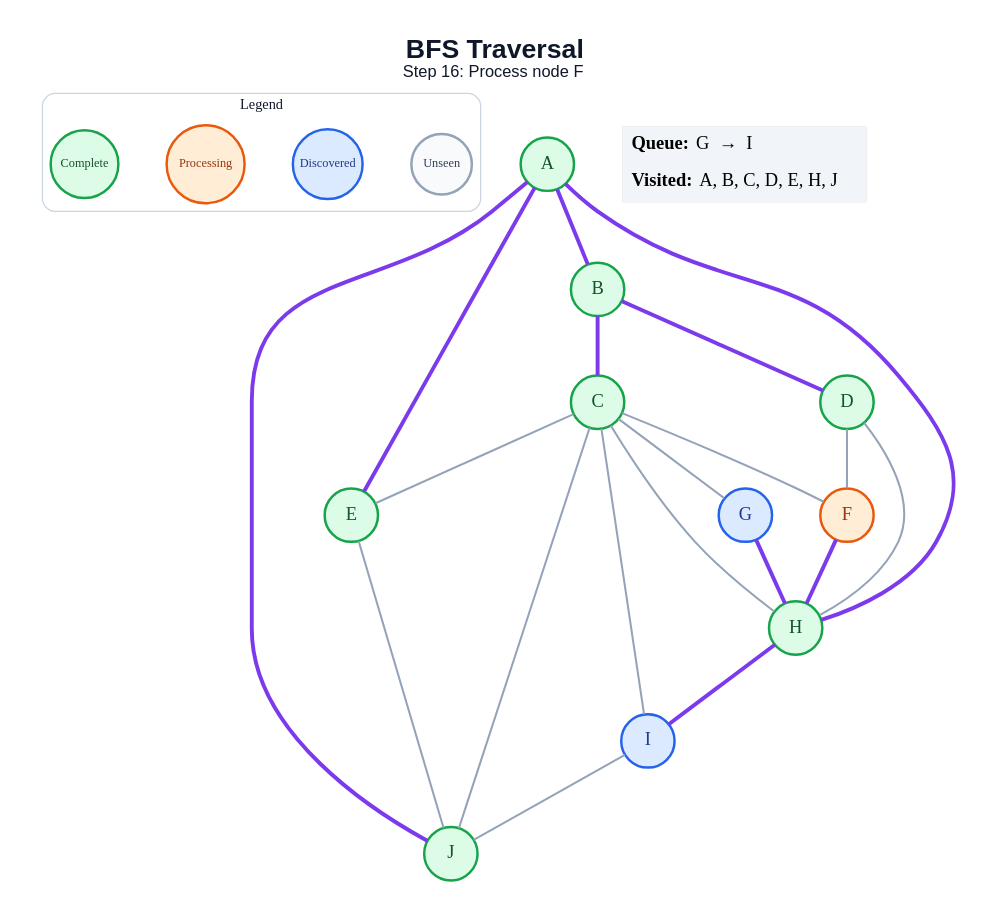
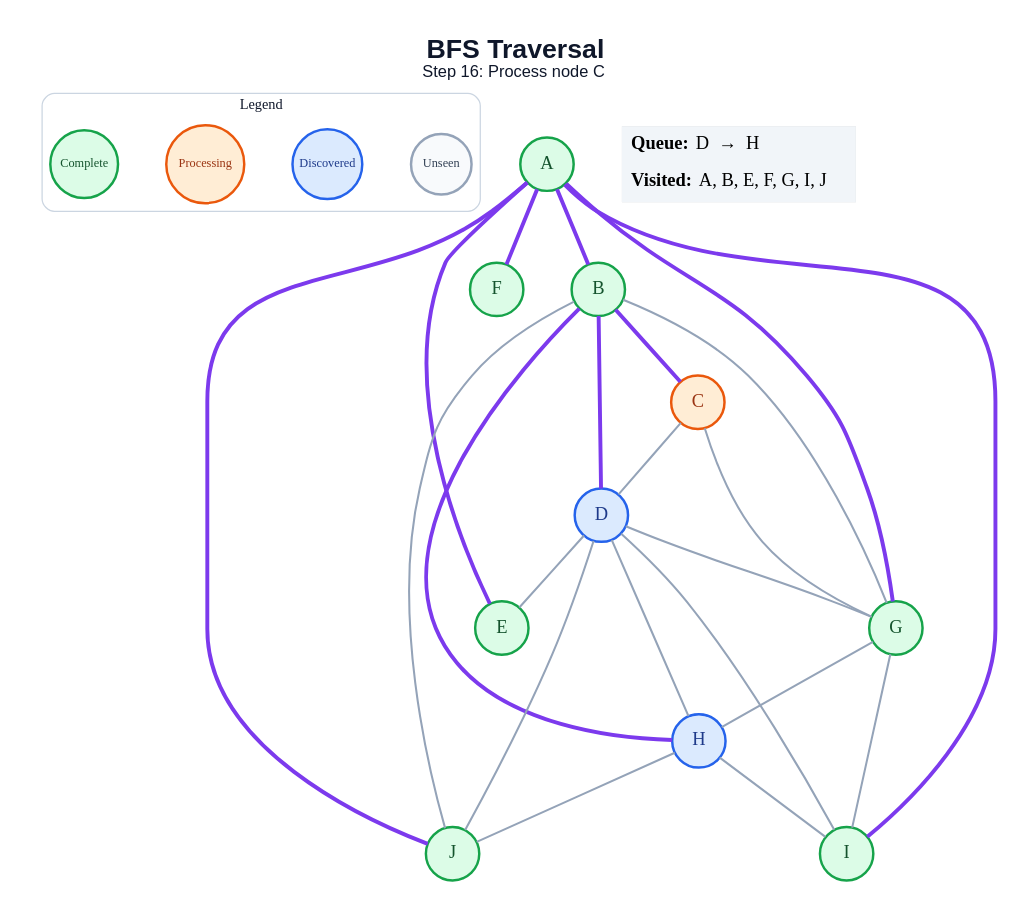
Before and after one commit to amanghodawala9/ai-slop: the diagram in generated/bfs/step_16.dot, drawn with Graphviz. The commit also changed 178 other files, not shown here.

```diff
--- a/generated/bfs/step_16.dot
+++ b/generated/bfs/step_16.dot
@@ -1,48 +1,51 @@
 graph traversal {
   graph [layout=dot, rankdir=TB, bgcolor="#FFFFFF", pad="0.35", nodesep="0.65", ranksep="0.8", fontname="Arial"];
   node [shape=circle, style="filled", fontname="Arial Bold", fontsize=18, width=0.72, fixedsize=true, penwidth=2.4];
   edge [color="#94A3B8", penwidth=2.0];
-  label=<<B>BFS Traversal</B><BR/><FONT POINT-SIZE="16">Step 16: Process node F</FONT>>; labelloc="t"; fontsize=26; fontname="Arial"; fontcolor="#0F172A";
+  label=<<B>BFS Traversal</B><BR/><FONT POINT-SIZE="16">Step 16: Process node C</FONT>>; labelloc="t"; fontsize=26; fontname="Arial"; fontcolor="#0F172A";
   subgraph cluster_legend { label="Legend"; color="#CBD5E1"; penwidth=1.2; style="rounded"; fontsize=14; fontname="Arial Bold";
     key_unseen [label="Unseen", fillcolor="#F8FAFC", color="#94A3B8", fontcolor="#334155", fontsize=12, width=0.82];
     key_frontier [label="Discovered", fillcolor="#DBEAFE", color="#2563EB", fontcolor="#1E3A8A", fontsize=12, width=0.95];
     key_current [label="Processing", fillcolor="#FFEDD5", color="#EA580C", fontcolor="#9A3412", fontsize=12, width=1.05];
     key_done [label="Complete", fillcolor="#DCFCE7", color="#16A34A", fontcolor="#14532D", fontsize=12, width=0.92];
     { rank=same; key_unseen; key_frontier; key_current; key_done; }
   }
   A [fillcolor="#DCFCE7", color="#16A34A", fontcolor="#14532D"];
   B [fillcolor="#DCFCE7", color="#16A34A", fontcolor="#14532D"];
-  C [fillcolor="#DCFCE7", color="#16A34A", fontcolor="#14532D"];
-  D [fillcolor="#DCFCE7", color="#16A34A", fontcolor="#14532D"];
+  C [fillcolor="#FFEDD5", color="#EA580C", fontcolor="#9A3412"];
+  D [fillcolor="#DBEAFE", color="#2563EB", fontcolor="#1E3A8A"];
   E [fillcolor="#DCFCE7", color="#16A34A", fontcolor="#14532D"];
-  F [fillcolor="#FFEDD5", color="#EA580C", fontcolor="#9A3412"];
-  G [fillcolor="#DBEAFE", color="#2563EB", fontcolor="#1E3A8A"];
-  H [fillcolor="#DCFCE7", color="#16A34A", fontcolor="#14532D"];
-  I [fillcolor="#DBEAFE", color="#2563EB", fontcolor="#1E3A8A"];
+  F [fillcolor="#DCFCE7", color="#16A34A", fontcolor="#14532D"];
+  G [fillcolor="#DCFCE7", color="#16A34A", fontcolor="#14532D"];
+  H [fillcolor="#DBEAFE", color="#2563EB", fontcolor="#1E3A8A"];
+  I [fillcolor="#DCFCE7", color="#16A34A", fontcolor="#14532D"];
   J [fillcolor="#DCFCE7", color="#16A34A", fontcolor="#14532D"];
   A -- B [color="#7C3AED", penwidth=3.8];
   A -- E [color="#7C3AED", penwidth=3.8];
-  A -- H [color="#7C3AED", penwidth=3.8];
+  A -- F [color="#7C3AED", penwidth=3.8];
+  A -- G [color="#7C3AED", penwidth=3.8];
+  A -- I [color="#7C3AED", penwidth=3.8];
   A -- J [color="#7C3AED", penwidth=3.8];
   B -- C [color="#7C3AED", penwidth=3.8];
   B -- D [color="#7C3AED", penwidth=3.8];
-  C -- E;
-  C -- F;
+  B -- G;
+  B -- H [color="#7C3AED", penwidth=3.8];
+  B -- J;
+  C -- D;
   C -- G;
-  C -- H;
-  C -- I;
-  C -- J;
-  D -- F;
+  D -- E;
+  D -- G;
   D -- H;
-  E -- J;
-  F -- H [color="#7C3AED", penwidth=3.8];
-  G -- H [color="#7C3AED", penwidth=3.8];
-  H -- I [color="#7C3AED", penwidth=3.8];
-  I -- J;
+  D -- I;
+  D -- J;
+  G -- H;
+  G -- I;
+  H -- I;
+  H -- J;
   status [shape=plain, fixedsize=false, width=0, height=0, margin=0, label=<
     <TABLE BORDER="0" CELLBORDER="0" CELLPADDING="7" BGCOLOR="#F1F5F9">
-      <TR><TD ALIGN="LEFT"><B>Queue:</B> G  →  I</TD></TR>
-      <TR><TD ALIGN="LEFT"><B>Visited:</B> A, B, C, D, E, H, J</TD></TR>
+      <TR><TD ALIGN="LEFT"><B>Queue:</B> D  →  H</TD></TR>
+      <TR><TD ALIGN="LEFT"><B>Visited:</B> A, B, E, F, G, I, J</TD></TR>
     </TABLE>
   >];
 }
```
